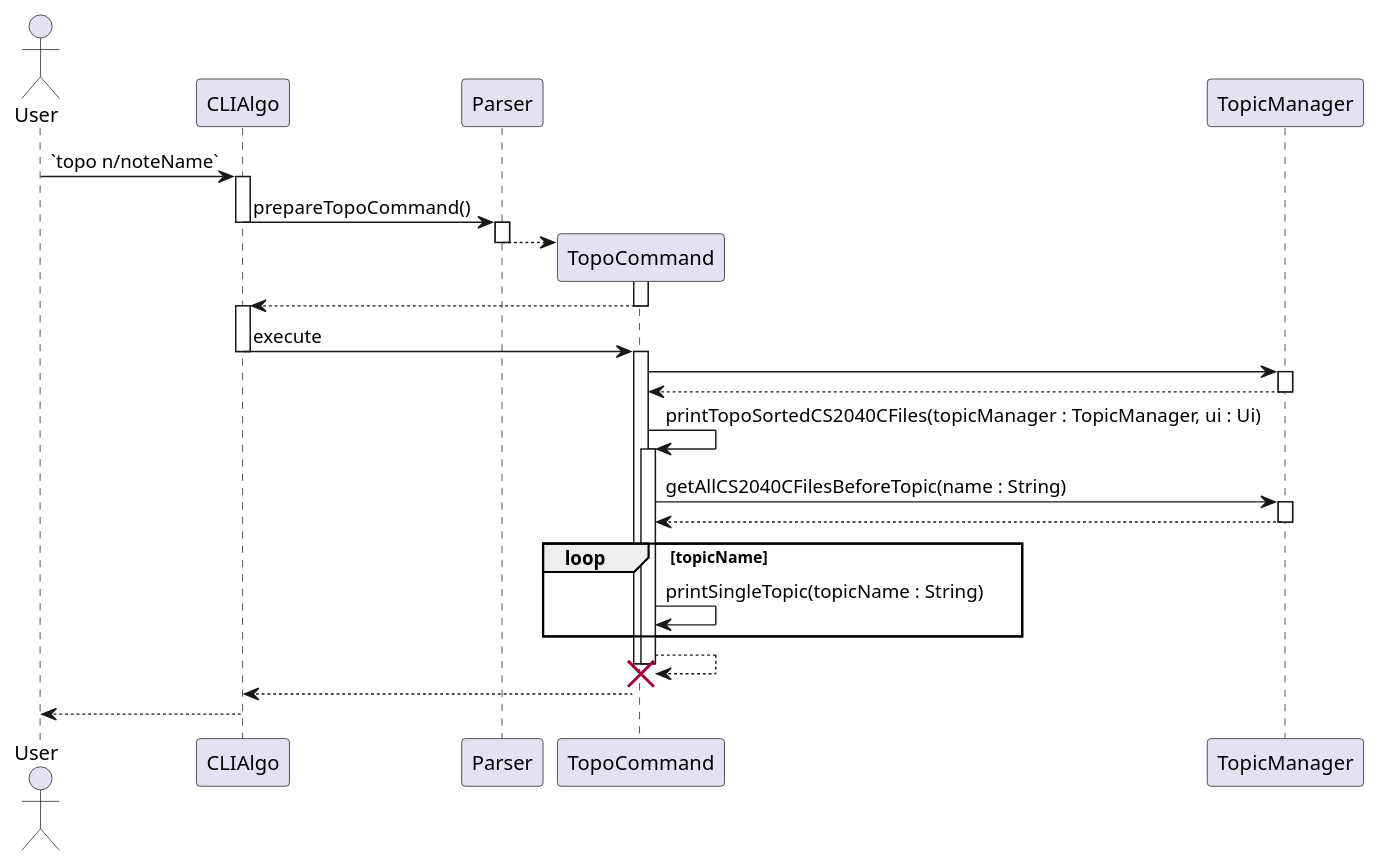
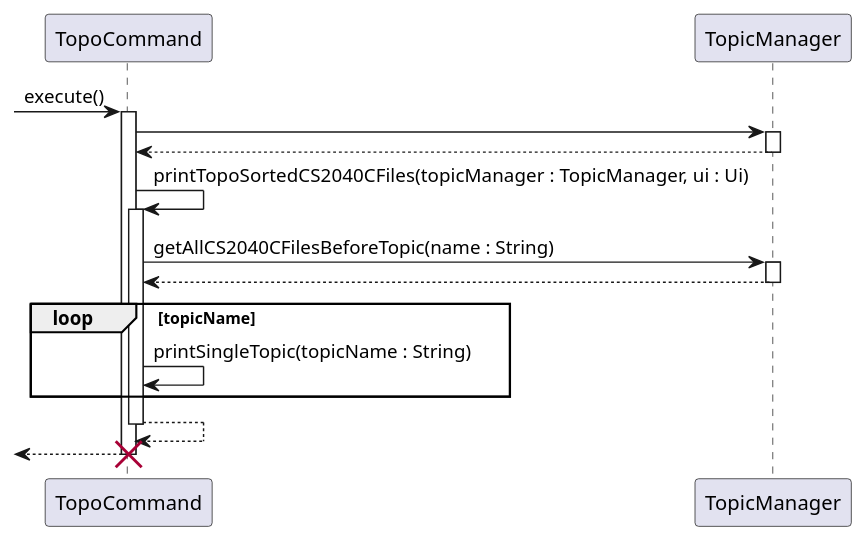
One commit to ong-ck/tp changed the diagram in docs/sequence/source-files/TopoSort.puml. Above: the diagram before and after it, drawn with PlantUML. The commit also changed 1 other file, not shown here.

Commit message:
Update TopoSort Sequence Diagram image in DeveloperGuide

```diff
--- a/docs/sequence/source-files/TopoSort.puml
+++ b/docs/sequence/source-files/TopoSort.puml
@@ -1,43 +1,25 @@
 @startuml
 'https://plantuml.com/sequence-diagram
 
-actor User as u
-participant CLIAlgo as cli
-participant Parser as p
 participant TopoCommand as tc
 participant TopicManager as tm
 
-u -> cli : `topo n/noteName`
-activate cli
-cli -> p : prepareTopoCommand()
-deactivate cli
-activate p
-p --> tc **
-activate tc
-deactivate p
-tc --> cli
-deactivate tc
-activate cli
-deactivate tc
-cli -> tc : execute
-deactivate cli
+-> tc : execute()
 activate tc
 tc -> tm
 activate tm
 tm --> tc
 deactivate tm
 tc -> tc : printTopoSortedCS2040CFiles(topicManager : TopicManager, ui : Ui)
 activate tc
 tc -> tm : getAllCS2040CFilesBeforeTopic(name : String)
 activate tm
 tm --> tc
 deactivate tm
 loop topicName
     tc -> tc : printSingleTopic(topicName : String)
 end
 tc --> tc
-destroy tc
-tc --> cli
-cli --> u
-
+deactivate tc
+<-- tc !!
 @enduml
```
